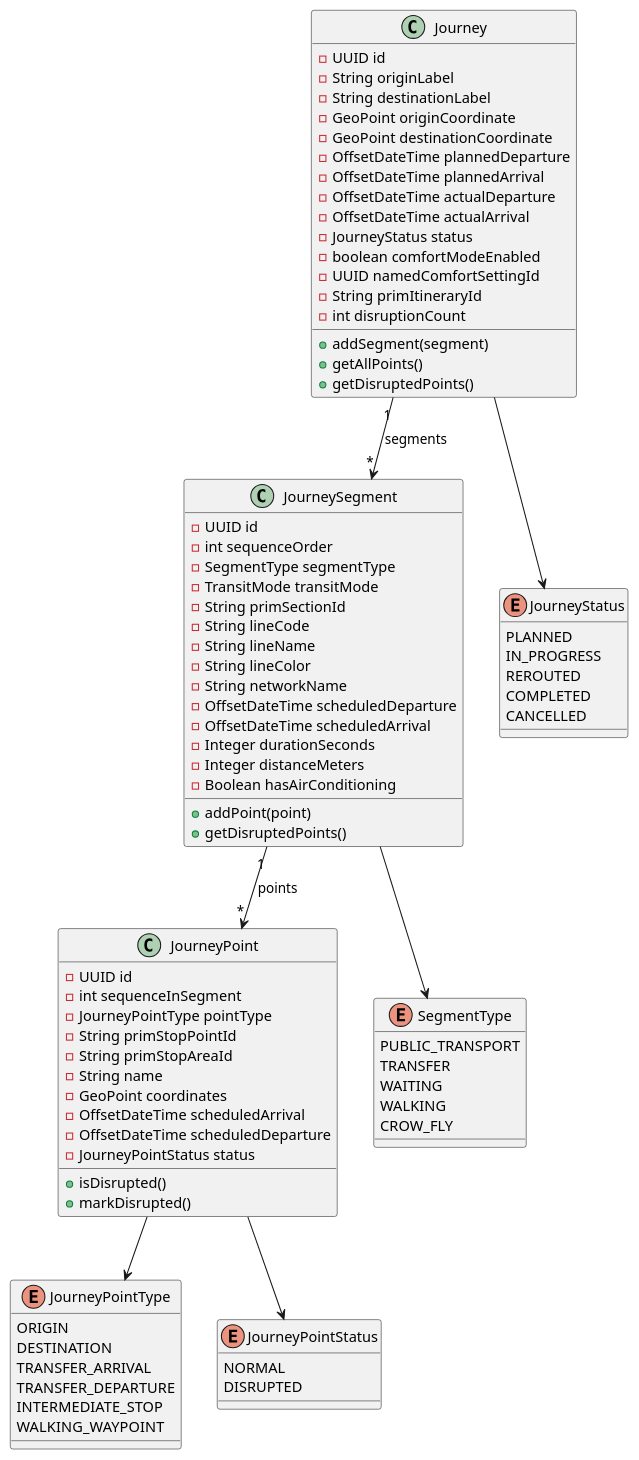
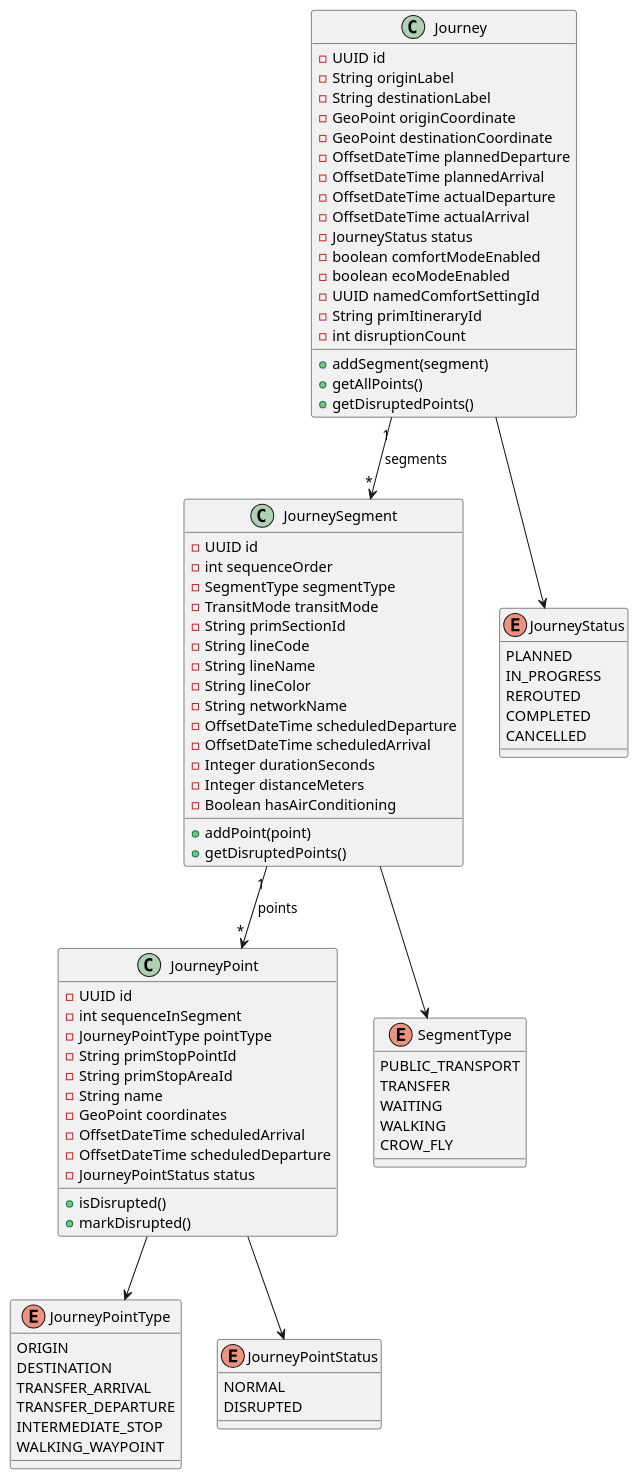
Before and after one commit to Aminmiri82/devops-project-MARLY: the second of 17 diagrams in docs/documentation.adoc, drawn with PlantUML. The commit also changed other lines of this file and 19 other files, not shown here.

```diff
--- a/docs/documentation.adoc
+++ b/docs/documentation.adoc
@@ -370,6 +460,7 @@
     -OffsetDateTime actualArrival
     -JourneyStatus status
     -boolean comfortModeEnabled
+    -boolean ecoModeEnabled
     -UUID namedComfortSettingId
     -String primItineraryId
     -int disruptionCount
```
